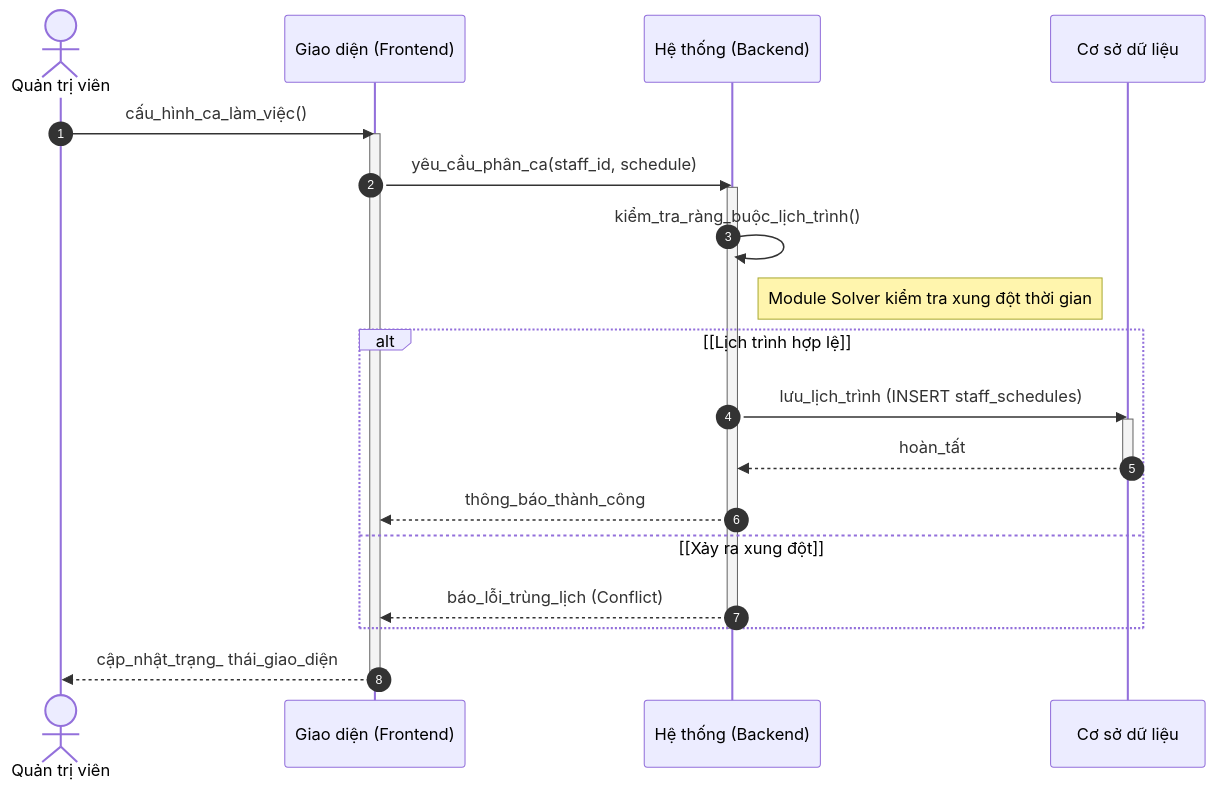
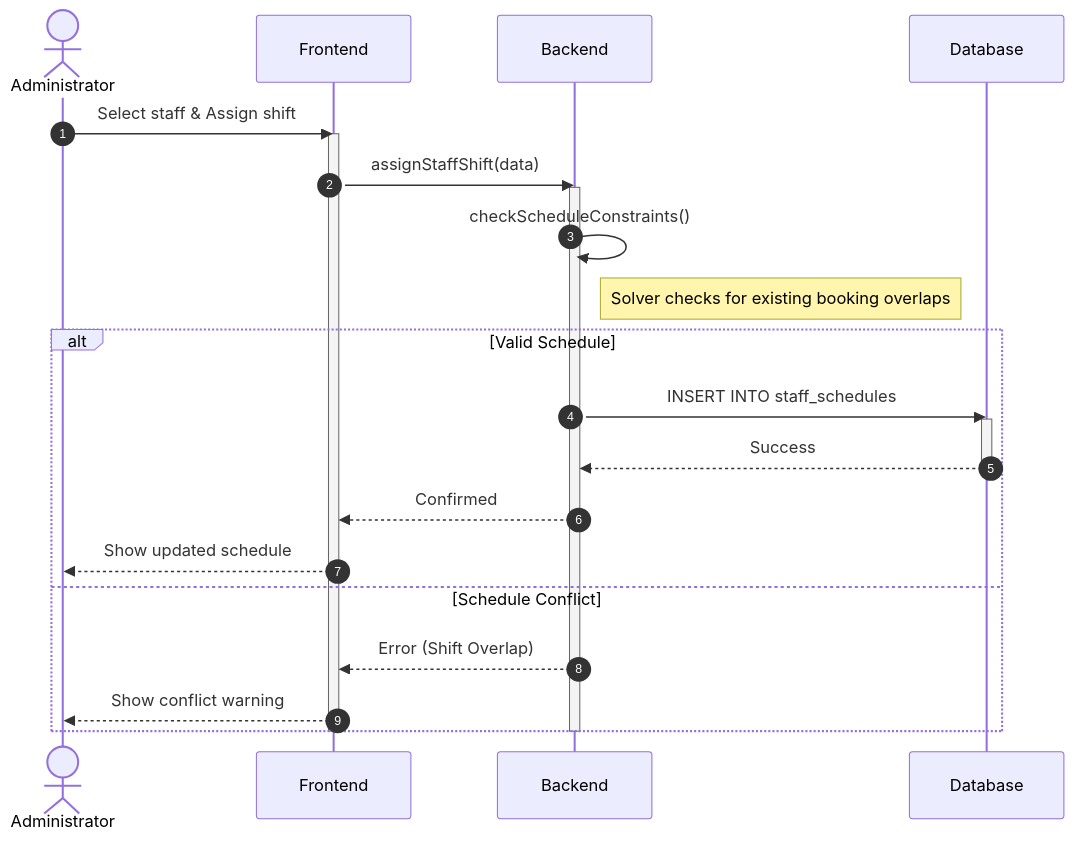
One commit to ngoctinn/Synapse changed the first of 5 diagrams in docs/design/sequences_simplified/admin_flows.md. Above: the diagram before and after it, drawn with Mermaid. The commit also changed other lines of this file and 4 other files, not shown here.

Commit message:
feat: add simplified sequence diagrams for authentication and core user flows.

````diff
--- a/docs/design/sequences_simplified/admin_flows.md
+++ b/docs/design/sequences_simplified/admin_flows.md
@@ -9,29 +7,30 @@
 ```mermaid
 sequenceDiagram
     autonumber
-    actor QTV as Quản trị viên
-    participant FE as Giao diện (Frontend)
-    participant BE as Hệ thống (Backend)
-    participant DB as Cơ sở dữ liệu
+    actor Admin as Administrator
+    participant FE as Frontend
+    participant BE as Backend
+    participant DB as Database
 
-    QTV->>FE: cấu_hình_ca_làm_việc()
+    Admin->>FE: Select staff & Assign shift
     activate FE
-    FE->>BE: yêu_cầu_phân_ca(staff_id, schedule)
+    FE->>BE: assignStaffShift(data)
     activate BE
 
-    BE->>BE: kiểm_tra_ràng_buộc_lịch_trình()
-    Note right of BE: Module Solver kiểm tra xung đột thời gian
+    BE->>BE: checkScheduleConstraints()
+    Note right of BE: Solver checks for existing booking overlaps
 
-    alt [Lịch trình hợp lệ]
-        BE->>DB: lưu_lịch_trình (INSERT staff_schedules)
+    alt Valid Schedule
+        BE->>DB: INSERT INTO staff_schedules
         activate DB
-        DB-->>BE: hoàn_tất
+        DB-->>BE: Success
         deactivate DB
-        BE-->>FE: thông_báo_thành_công
-    else [Xảy ra xung đột]
-        BE-->>FE: báo_lỗi_trùng_lịch (Conflict)
+        BE-->>FE: Confirmed
+        FE-->>Admin: Show updated schedule
+    else Schedule Conflict
+        BE-->>FE: Error (Shift Overlap)
+        FE-->>Admin: Show conflict warning
     end
     deactivate BE
-    FE-->>QTV: cập_nhật_trạng_ thái_giao_diện
     deactivate FE
 ```
````
